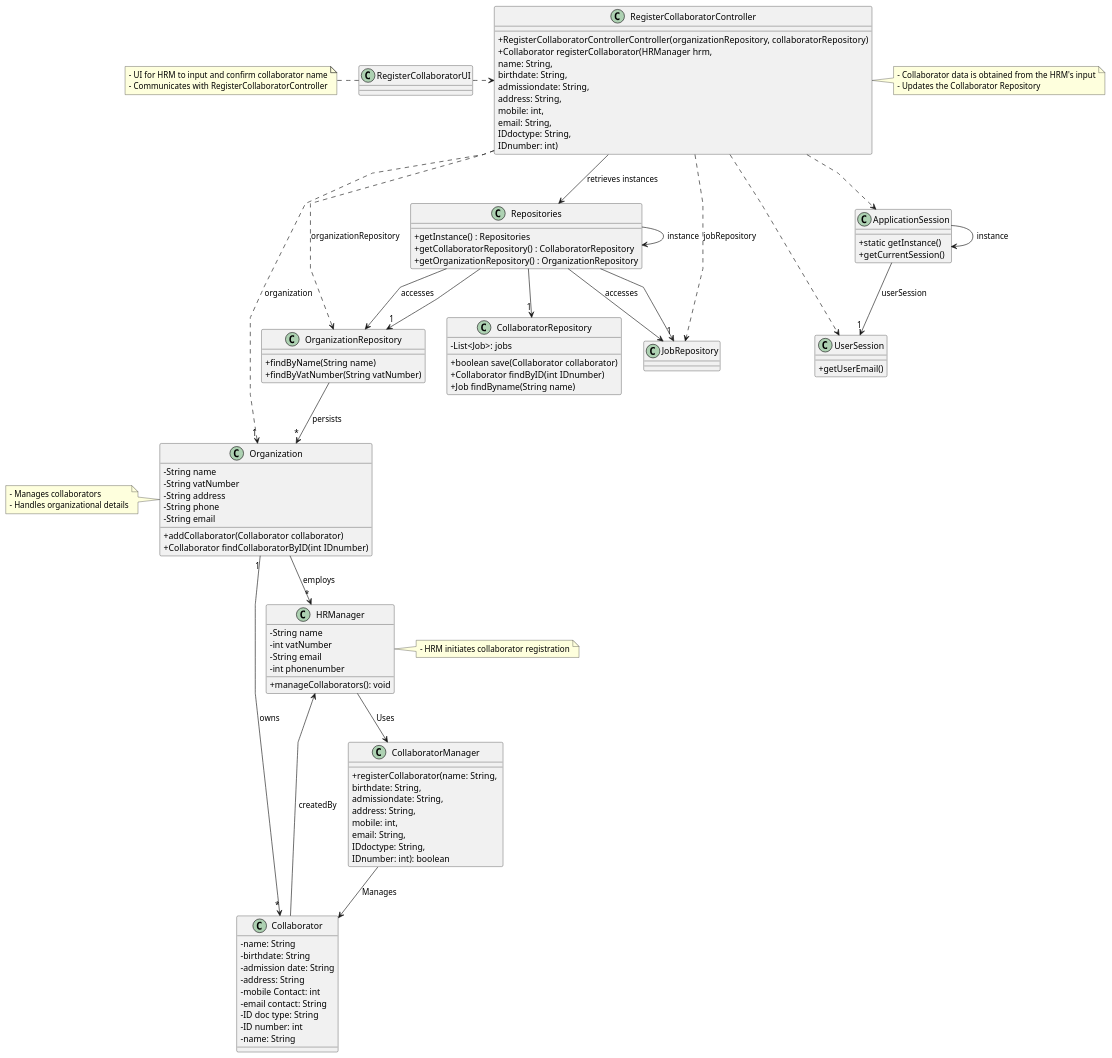
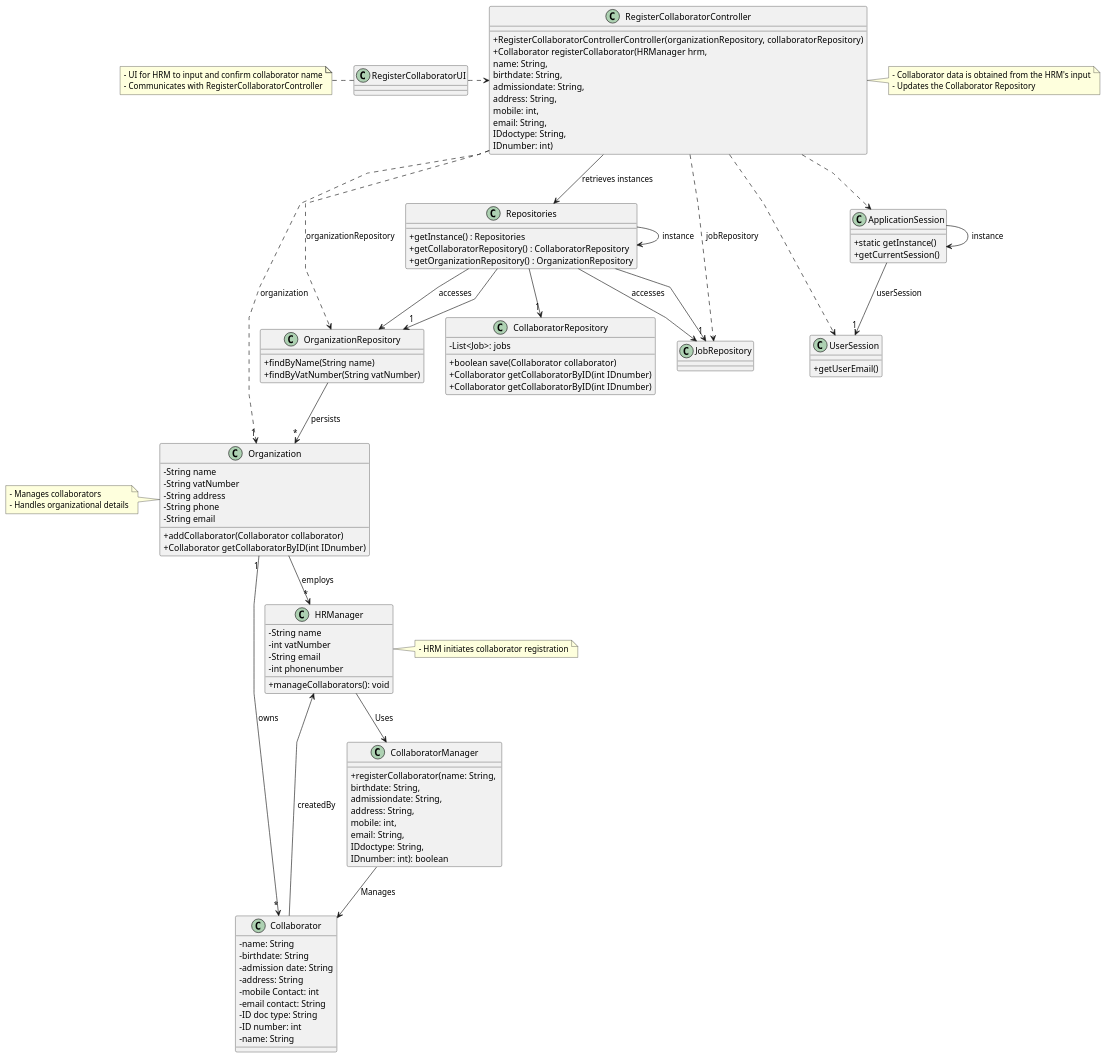
The diagram in docs/sprint2/us003/03.design/puml/us003-class-diagram.puml (tiagosoa/lei-24-s2-1dgh-g073), drawn with PlantUML before and after one commit. The commit also changed 18 other files, not shown here.

```diff
--- a/docs/sprint2/us003/03.design/puml/us003-class-diagram.puml
+++ b/docs/sprint2/us003/03.design/puml/us003-class-diagram.puml
@@ -1,140 +1,140 @@
 @startuml
  'skinparam monochrome true
  skinparam packageStyle rectangle
  skinparam shadowing false
  skinparam linetype polyline
  'skinparam linetype orto
 
  skinparam classAttributeIconSize 0
 
  'left to right direction
 
  class ApplicationSession
  {
      + static getInstance()
      + getCurrentSession()
  }
 
  class UserSession
  {
      + getUserEmail()
  }
 
 class Collaborator {
     - name: String
     - birthdate: String
     - admission date: String
     - address: String
     - mobile Contact: int
     - email contact: String
     - ID doc type: String
     - ID number: int
 }
 
 class Collaborator {
     - name: String
 }
 
  class CollaboratorManager {
      + registerCollaborator(name: String, \nbirthdate: String, \nadmissiondate: String, \naddress: String, \nmobile: int, \nemail: String, \nIDdoctype: String, \nIDnumber: int): boolean
  }
 
  class CollaboratorRepository {
    + boolean save(Collaborator collaborator)
-   + Collaborator findByID(int IDnumber)
+   + Collaborator getCollaboratorByID(int IDnumber)
  }
 
   class CollaboratorRepository {
     - List<Job>: jobs
-    + Job findByname(String name)
+    + Collaborator getCollaboratorByID(int IDnumber)
   }
 
  class Organization {
    - String name
    - String vatNumber
    - String address
    - String phone
    - String email
    + addCollaborator(Collaborator collaborator)
-   + Collaborator findCollaboratorByID(int IDnumber)
+   + Collaborator getCollaboratorByID(int IDnumber)
  }
 
  class OrganizationRepository {
    + findByName(String name)
    + findByVatNumber(String vatNumber)
  }
 
  class Repositories {
    + getInstance() : Repositories
    + getCollaboratorRepository() : CollaboratorRepository
    + getOrganizationRepository() : OrganizationRepository
  }
 
  class RegisterCollaboratorController {
    + RegisterCollaboratorControllerController(organizationRepository, collaboratorRepository)
    + Collaborator registerCollaborator(HRManager hrm, \nname: String, \nbirthdate: String, \nadmissiondate: String, \naddress: String, \nmobile: int, \nemail: String, \nIDdoctype: String, \nIDnumber: int)
  }
 
  class RegisterCollaboratorUI {
 
  }
 
  class HRManager {
     - String name
     - int vatNumber
     - String email
     - int phonenumber
      + manageCollaborators(): void
  }
 
  CollaboratorManager --> Collaborator: Manages
  HRManager --> CollaboratorManager: Uses
 
  note right of RegisterCollaboratorController
    - Collaborator data is obtained from the HRM's input
    - Updates the Collaborator Repository
  end note
 
  note right of HRManager
    - HRM initiates collaborator registration
  end note
 
  note left of RegisterCollaboratorUI
    - UI for HRM to input and confirm collaborator name
    - Communicates with RegisterCollaboratorController
  end note
 
  note left of Organization
    - Manages collaborators
    - Handles organizational details
  end note
 
  Repositories -> Repositories : instance
  ApplicationSession -> ApplicationSession : instance
 
  RegisterCollaboratorUI .> RegisterCollaboratorController
 
  RegisterCollaboratorController -down-> Repositories : retrieves instances
 
  Repositories -down-> JobRepository : accesses
  Repositories -down-> OrganizationRepository : accesses
 
  RegisterCollaboratorController ..> OrganizationRepository : organizationRepository
  RegisterCollaboratorController ..> JobRepository : jobRepository
 
  Repositories --> "1" OrganizationRepository
  Repositories --> "1" CollaboratorRepository
  Repositories --> "1" JobRepository
 
  OrganizationRepository --> "*" Organization : persists
  ApplicationSession --> "1" UserSession : userSession
 
  RegisterCollaboratorController ..> "1" Organization : organization
  RegisterCollaboratorController ..> ApplicationSession
  RegisterCollaboratorController ..> UserSession
  Organization "1" --> "*" Collaborator : owns
  Collaborator --> HRManager : createdBy
 
  Organization --> "*" HRManager : employs
 
  @enduml
```
